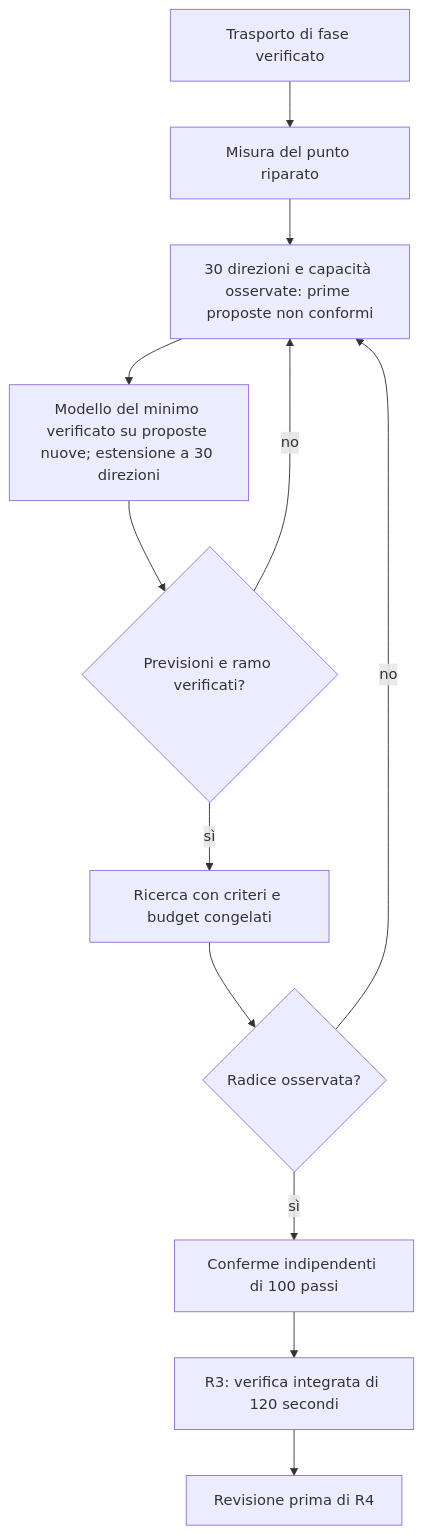
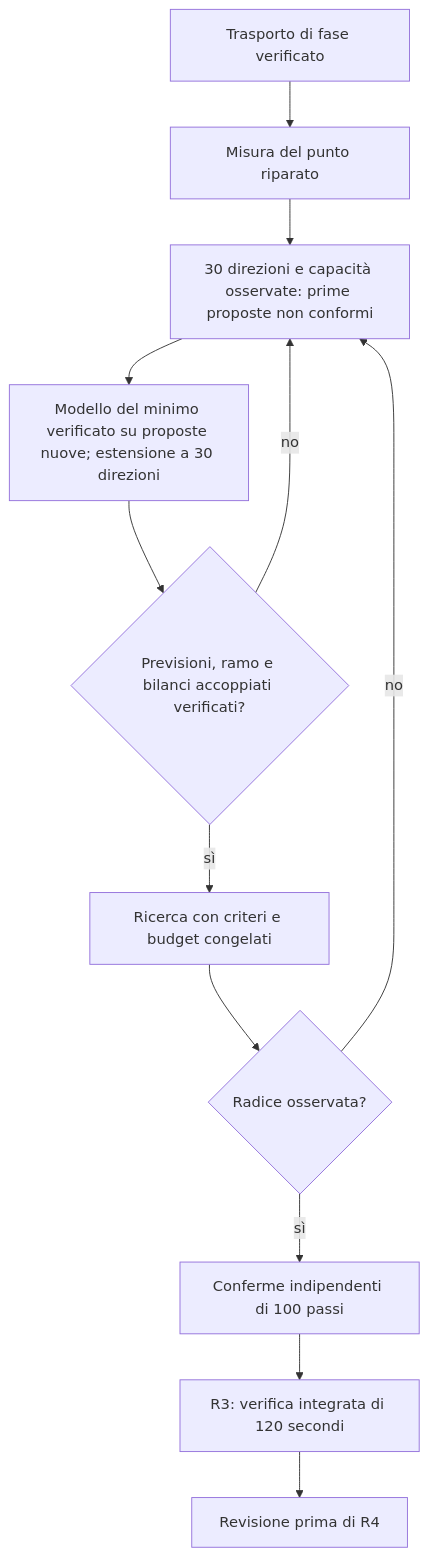
One commit to archistico/NuclearReactorSimulator changed the first of 2 diagrams in docs/ROADMAP.md. Above: the diagram before and after it, drawn with Mermaid. The commit also changed other lines of this file and 30 other files, not shown here.

````diff
--- a/docs/ROADMAP.md
+++ b/docs/ROADMAP.md
@@ -76,14 +85,14 @@
 ```mermaid
 flowchart TD
     R["Trasporto di fase verificato"] --> M["Misura del punto riparato"]
     M --> S["30 direzioni e capacità osservate: prime proposte non conformi"]
     S --> A["Modello del minimo verificato su proposte nuove; estensione a 30 direzioni"]
-    A --> B{"Previsioni e ramo verificati?"}
+    A --> B{"Previsioni, ramo e bilanci accoppiati verificati?"}
     B -->|"no"| S
     B -->|"sì"| C["Ricerca con criteri e budget congelati"]
     C --> D{"Radice osservata?"}
     D -->|"no"| S
     D -->|"sì"| E["Conferme indipendenti di 100 passi"]
     E --> F["R3: verifica integrata di 120 secondi"]
     F --> G["Revisione prima di R4"]
 ```
````
